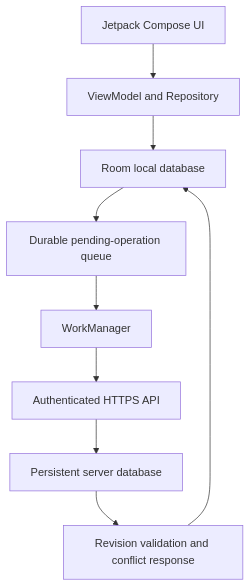
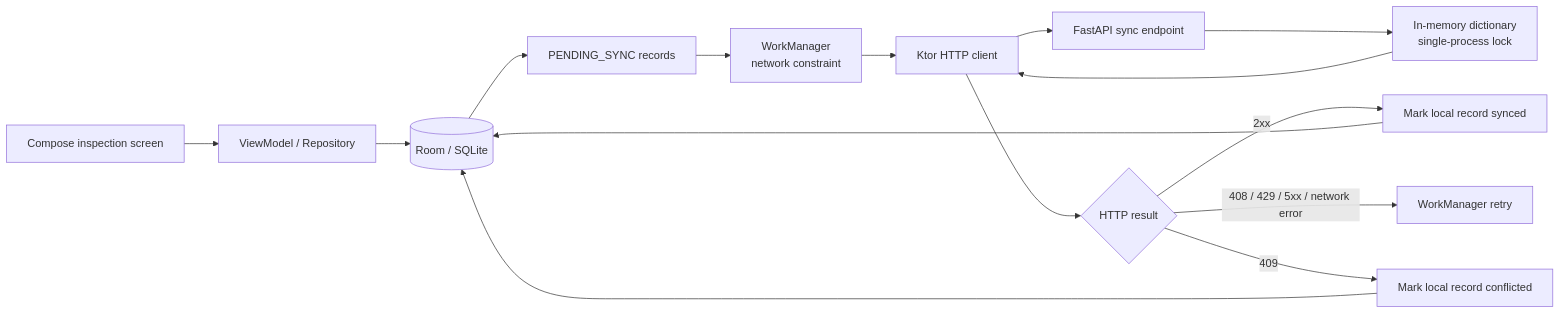
The diagram in README.md (tracolerd/fieldaudit), drawn with Mermaid before and after one commit. The commit also changed other lines of this file, not shown here.

```diff
--- a/README.md
+++ b/README.md
@@ -38,11 +69,17 @@
 ~~~mermaid
-flowchart TD
-    A[Jetpack Compose UI] --> B[ViewModel and Repository]
-    B --> C[Room local database]
-    C --> D[Durable pending-operation queue]
-    D --> E[WorkManager]
-    E --> F[Authenticated HTTPS API]
-    F --> G[Persistent server database]
-    G --> H[Revision validation and conflict response]
-    H --> C
+flowchart LR
+    A[Compose inspection screen] --> B[ViewModel / Repository]
+    B --> C[(Room / SQLite)]
+    C --> D[PENDING_SYNC records]
+    D --> E[WorkManager<br/>network constraint]
+    E --> F[Ktor HTTP client]
+    F --> G[FastAPI sync endpoint]
+    G --> H[In-memory dictionary<br/>single-process lock]
+    H --> F
+    F --> I{HTTP result}
+    I -->|2xx| J[Mark local record synced]
+    I -->|408 / 429 / 5xx / network error| K[WorkManager retry]
+    I -->|409| L[Mark local record conflicted]
+    J --> C
+    L --> C
 ~~~
```
